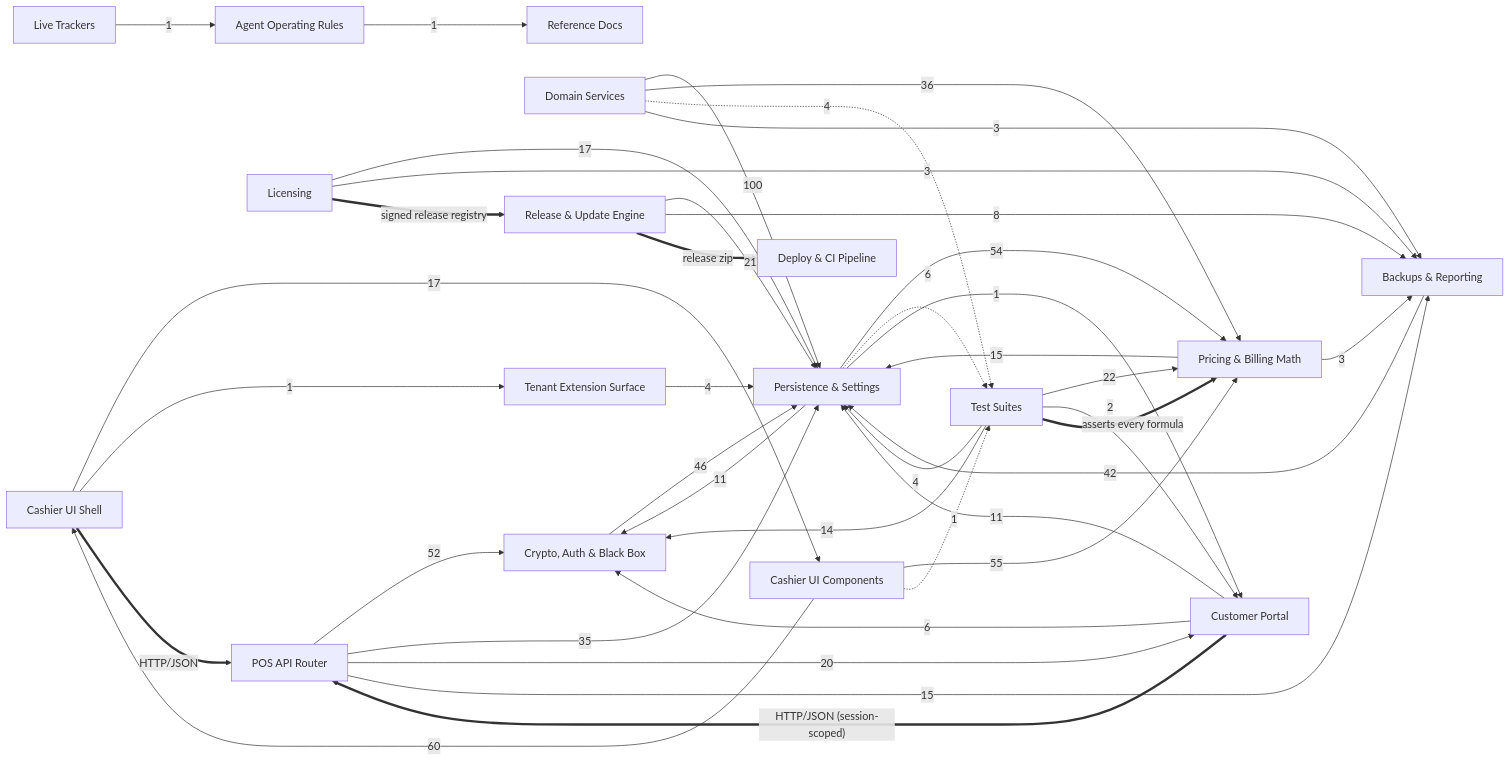
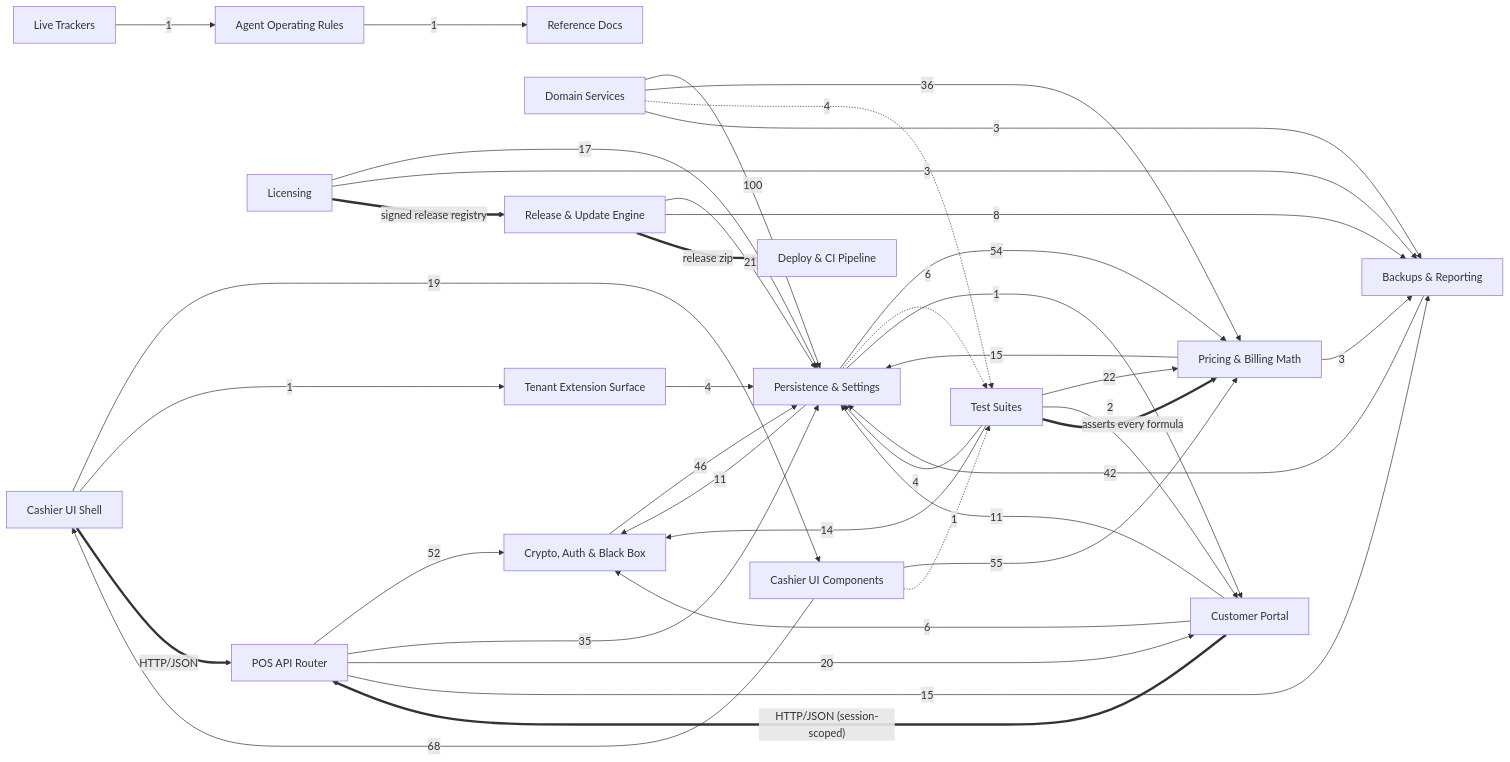
One commit to Vishalnayak226/gold_pos changed the second of 2 diagrams in docs/brain/BRAIN.md. Above: the diagram before and after it, drawn with Mermaid. The commit also changed other lines of this file and 14 other files, not shown here.

````diff
--- a/docs/brain/BRAIN.md
+++ b/docs/brain/BRAIN.md
@@ -94,59 +94,59 @@
 ```mermaid
 flowchart LR
   pos_api["POS API Router"]
   security["Crypto, Auth & Black Box"]
   persistence["Persistence & Settings"]
   customer_portal["Customer Portal"]
   maintenance["Backups & Reporting"]
   pricing["Pricing & Billing Math"]
   tests["Test Suites"]
   domain_services["Domain Services"]
   pos_ui["Cashier UI Shell"]
   pos_components["Cashier UI Components"]
   extensions["Tenant Extension Surface"]
   licensing["Licensing"]
   updates["Release & Update Engine"]
   trackers["Live Trackers"]
   agent_config["Agent Operating Rules"]
   reference["Reference Docs"]
   deploy["Deploy & CI Pipeline"]
   pos_api -->|"52"| security
   pos_api -->|"35"| persistence
   pos_api -->|"20"| customer_portal
   pos_api -->|"15"| maintenance
   persistence -->|"54"| pricing
   persistence -->|"11"| security
   persistence -.->|"6"| tests
   persistence -->|"1"| customer_portal
   domain_services -->|"100"| persistence
   domain_services -->|"36"| pricing
   domain_services -.->|"4"| tests
   domain_services -->|"3"| maintenance
   pricing -->|"15"| persistence
   pricing -->|"3"| maintenance
-  pos_ui -->|"17"| pos_components
+  pos_ui -->|"19"| pos_components
   pos_ui -->|"1"| extensions
-  pos_components -->|"60"| pos_ui
+  pos_components -->|"68"| pos_ui
   pos_components -->|"55"| pricing
   pos_components -.->|"1"| tests
   customer_portal -->|"11"| persistence
   customer_portal -->|"6"| security
   licensing -->|"17"| persistence
   licensing -->|"3"| maintenance
   updates -->|"21"| persistence
   updates -->|"8"| maintenance
   security -->|"46"| persistence
   extensions -->|"4"| persistence
   maintenance -->|"42"| persistence
   tests -->|"22"| pricing
   tests -->|"14"| security
   tests -->|"4"| persistence
   tests -->|"2"| customer_portal
   trackers -->|"1"| agent_config
   agent_config -->|"1"| reference
   pos_ui ==>|"HTTP/JSON"| pos_api
   customer_portal ==>|"HTTP/JSON (session-scoped)"| pos_api
   licensing ==>|"signed release registry"| updates
   updates ==>|"release zip"| deploy
   tests ==>|"asserts every formula"| pricing
 ```
````
